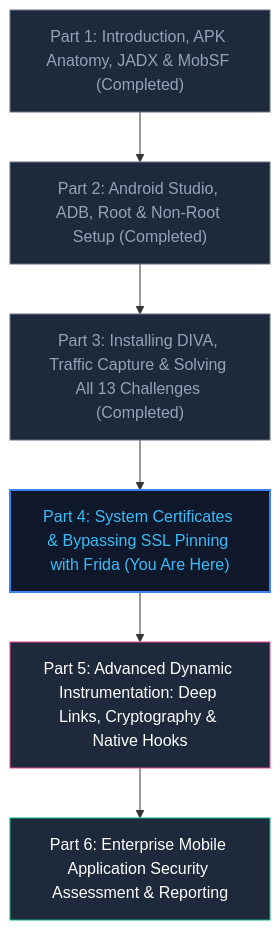
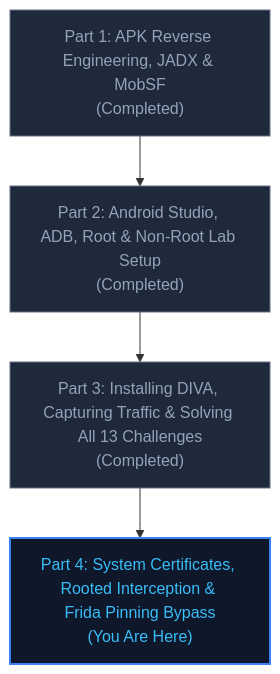
One commit to sivaoffl04/Cyber-Blog changed the sixth of 6 diagrams in Android_pentest/Android Pentesting Part 4 System Certificates, Rooted Interception and Bypassing SSL Pinning with Frida/README.md. Above: the diagram before and after it, drawn with Mermaid. The commit also changed other lines of this file and 8 other files, not shown here.

First line of the commit message:
docs(android-pentest): enhance parts 1-4 with deep technical analysis and accurate course sync

````diff
--- a/Android_pentest/Android Pentesting Part 4 System Certificates, Rooted Interception and Bypassing SSL Pinning with Frida/README.md
+++ b/Android_pentest/Android Pentesting Part 4 System Certificates, Rooted Interception and Bypassing SSL Pinning with Frida/README.md
@@ -1015,22 +1062,16 @@
 ```mermaid
 flowchart TD
-    P1["Part 1: Introduction, APK Anatomy, JADX & MobSF (Completed)"]
-    P2["Part 2: Android Studio, ADB, Root & Non-Root Setup (Completed)"]
-    P3["Part 3: Installing DIVA, Traffic Capture & Solving All 13 Challenges (Completed)"]
-    P4["Part 4: System Certificates & Bypassing SSL Pinning with Frida (You Are Here)"]
-    P5["Part 5: Advanced Dynamic Instrumentation: Deep Links, Cryptography & Native Hooks"]
-    P6["Part 6: Enterprise Mobile Application Security Assessment & Reporting"]
+    P1["Part 1: APK Reverse Engineering, JADX & MobSF\n(Completed)"]
+    P2["Part 2: Android Studio, ADB, Root & Non-Root Lab Setup\n(Completed)"]
+    P3["Part 3: Installing DIVA, Capturing Traffic & Solving All 13 Challenges\n(Completed)"]
+    P4["Part 4: System Certificates, Rooted Interception & Frida Pinning Bypass\n(You Are Here)"]
 
     P1 --> P2
     P2 --> P3
     P3 --> P4
-    P4 --> P5
-    P5 --> P6
 
     style P1 fill:#1e293b,stroke:#64748b,color:#94a3b8
     style P2 fill:#1e293b,stroke:#64748b,color:#94a3b8
     style P3 fill:#1e293b,stroke:#64748b,color:#94a3b8
     style P4 fill:#0f172a,stroke:#3b82f6,stroke-width:2px,color:#38bdf8
-    style P5 fill:#1e293b,stroke:#ec4899,color:#fff
-    style P6 fill:#1e293b,stroke:#10b981,color:#fff
 ```
````
